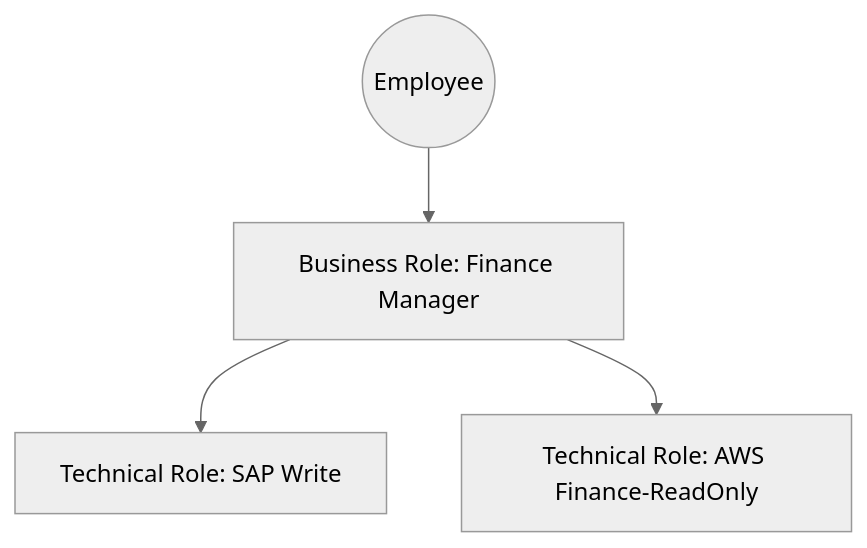
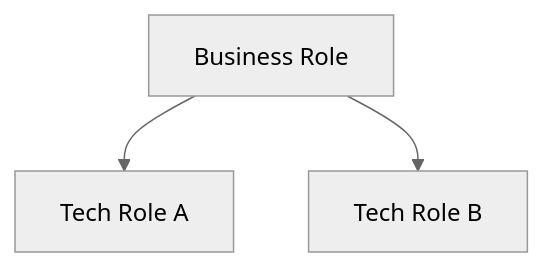
One commit to Devopstrio/identity-governance-framework changed the fourth of 30 diagrams in README.md. Above: the diagram before and after it, drawn with Mermaid (neutral theme). The commit also changed other lines of this file, not shown here.

Commit message:
docs: expand README with 30+ architectural diagrams

````diff
--- a/README.md
+++ b/README.md
@@ -121,10 +50,5 @@
 ```mermaid
 graph TD
-    Business[Business Role: Finance Manager]
-    Technical1[Technical Role: SAP Write]
-    Technical2[Technical Role: AWS Finance-ReadOnly]
-    
-    Business --> Technical1
-    Business --> Technical2
-    User((Employee)) --> Business
+    Bus[Business Role] --> Tech1[Tech Role A]
+    Bus --> Tech2[Tech Role B]
 ```
````
